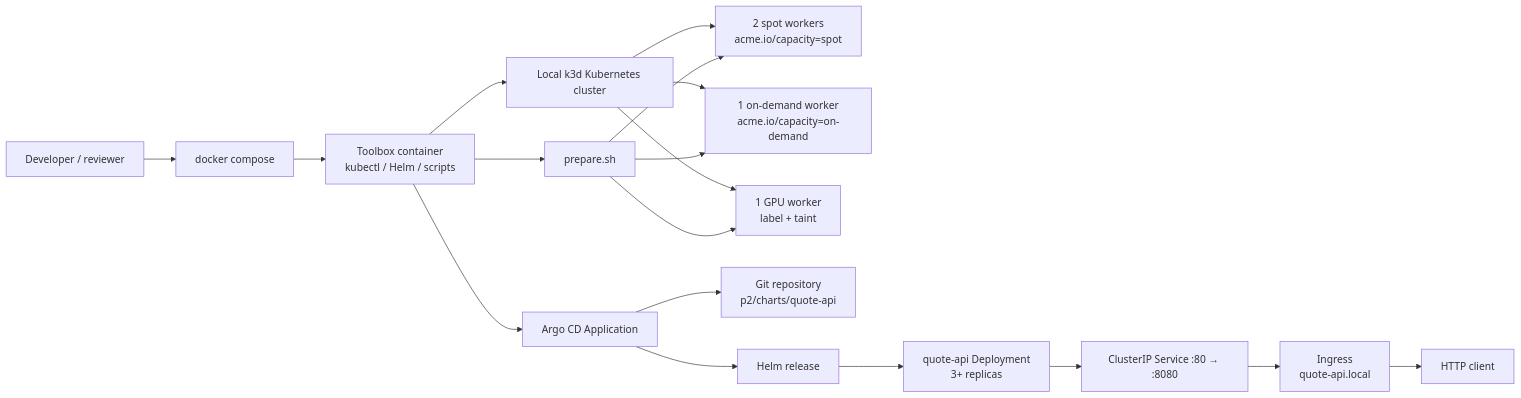
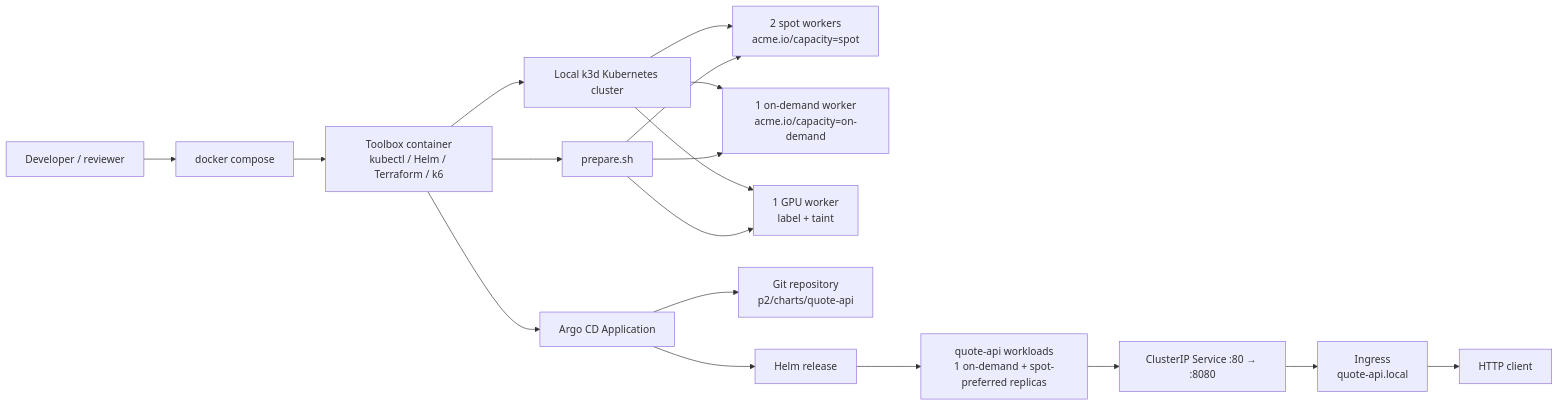
One commit to tinhphamtrung04/assignment-elsa changed the first of 2 diagrams in p3/README.md. Above: the diagram before and after it, drawn with Mermaid. The commit also changed other lines of this file and 4 other files, not shown here.

````diff
--- a/p3/README.md
+++ b/p3/README.md
@@ -44,20 +46,20 @@
 ```mermaid
 flowchart LR
     Dev["Developer / reviewer"] --> Compose["docker compose"]
-    Compose --> Toolbox["Toolbox container\nkubectl / Helm / scripts"]
+    Compose --> Toolbox["Toolbox container\nkubectl / Helm / Terraform / k6"]
     Toolbox --> K3d["Local k3d Kubernetes cluster"]
     K3d --> Spot["2 spot workers\nacme.io/capacity=spot"]
     K3d --> OnDemand["1 on-demand worker\nacme.io/capacity=on-demand"]
     K3d --> GPU["1 GPU worker\nlabel + taint"]
     Toolbox --> Prepare["prepare.sh"]
     Prepare --> Spot
     Prepare --> OnDemand
     Prepare --> GPU
     Toolbox --> Argo["Argo CD Application"]
     Argo --> Repo["Git repository\np2/charts/quote-api"]
     Argo --> Helm["Helm release"]
-    Helm --> App["quote-api Deployment\n3+ replicas"]
+    Helm --> App["quote-api workloads\n1 on-demand + spot-preferred replicas"]
     App --> Service["ClusterIP Service :80 → :8080"]
     Service --> Ingress["Ingress\nquote-api.local"]
     Ingress --> Client["HTTP client"]
 ```
````
